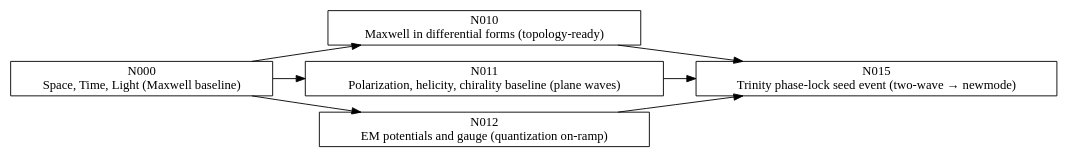
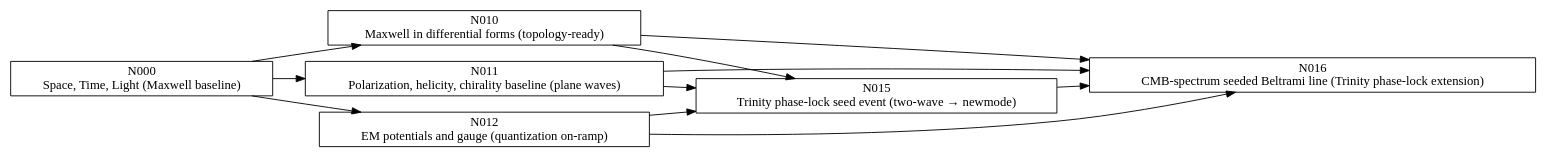
The diagram in TREE.dot (WeBeGood/Atom2.1-ToE), drawn with Graphviz before and after one commit. The commit also changed 2 other files, not shown here.

```diff
--- a/TREE.dot
+++ b/TREE.dot
@@ -1,15 +1,20 @@
 digraph Atom21Nodes {
   rankdir=LR;
   node [shape=box];
   "N000" [label="N000\nSpace, Time, Light (Maxwell baseline)"]; 
   "N010" [label="N010\nMaxwell in differential forms (topology-ready)"]; 
   "N011" [label="N011\nPolarization, helicity, chirality baseline (plane waves)"]; 
   "N012" [label="N012\nEM potentials and gauge (quantization on-ramp)"]; 
   "N015" [label="N015\nTrinity phase-lock seed event (two-wave → newmode)"]; 
+  "N016" [label="N016\nCMB-spectrum seeded Beltrami line (Trinity phase-lock extension)"]; 
   "N000" -> "N010";
   "N000" -> "N011";
   "N000" -> "N012";
   "N010" -> "N015";
   "N011" -> "N015";
   "N012" -> "N015";
+  "N015" -> "N016";
+  "N010" -> "N016";
+  "N011" -> "N016";
+  "N012" -> "N016";
 }
```
